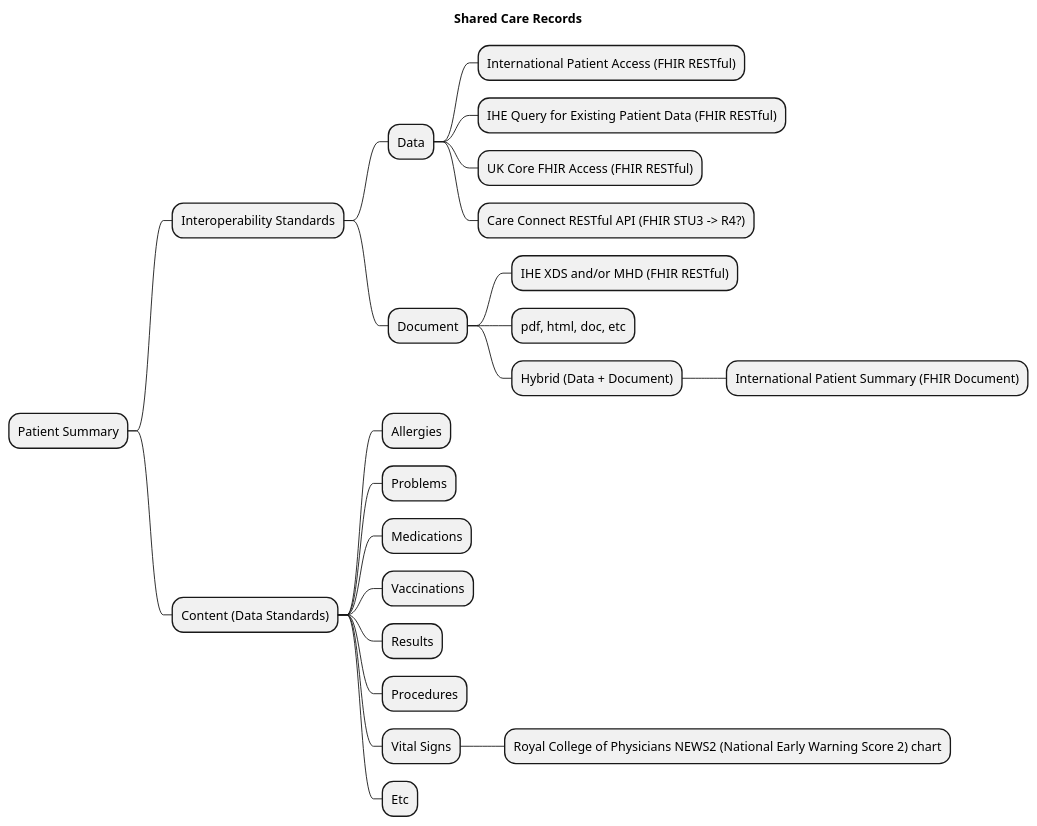
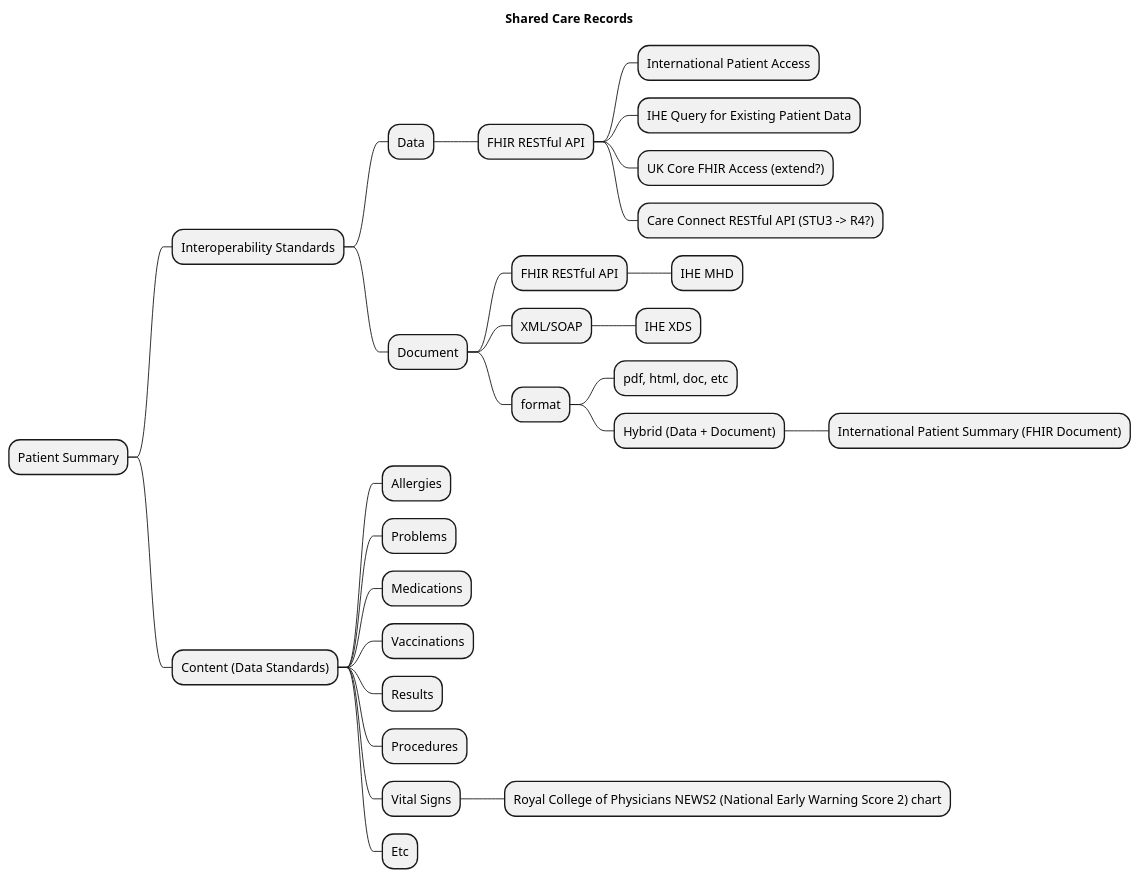
One commit to NHSDigital/interoperability-standards-documentation changed the diagram in input/images-source/clinical-patient-summary-mindmap.plantuml. Above: the diagram before and after it, drawn with PlantUML. The commit also changed 347 other files, not shown here.

```diff
--- a/input/images-source/clinical-patient-summary-mindmap.plantuml
+++ b/input/images-source/clinical-patient-summary-mindmap.plantuml
@@ -1,34 +1,39 @@
 @startmindmap
 
 
 title Shared Care Records
 
 
 * Patient Summary
 ** Interoperability Standards
 *** Data
-**** International Patient Access (FHIR RESTful)
-**** IHE Query for Existing Patient Data (FHIR RESTful)
-**** UK Core FHIR Access (FHIR RESTful)
-**** Care Connect RESTful API (FHIR STU3 -> R4?)
+**** FHIR RESTful API
+***** International Patient Access
+***** IHE Query for Existing Patient Data
+***** UK Core FHIR Access (extend?)
+***** Care Connect RESTful API (STU3 -> R4?)
 *** Document
-**** IHE XDS and/or MHD (FHIR RESTful)
-**** pdf, html, doc, etc
-**** Hybrid (Data + Document)
-***** International Patient Summary (FHIR Document)
+**** FHIR RESTful API
+***** IHE MHD
+**** XML/SOAP
+***** IHE XDS
+**** format
+***** pdf, html, doc, etc
+***** Hybrid (Data + Document)
+****** International Patient Summary (FHIR Document)
 
 ** Content (Data Standards)
 *** Allergies
 *** Problems
 *** Medications
 *** Vaccinations
 *** Results
 *** Procedures
 *** Vital Signs
 **** Royal College of Physicians NEWS2 (National Early Warning Score 2) chart
 *** Etc
 
 
 
 
 @endmindmap
```
